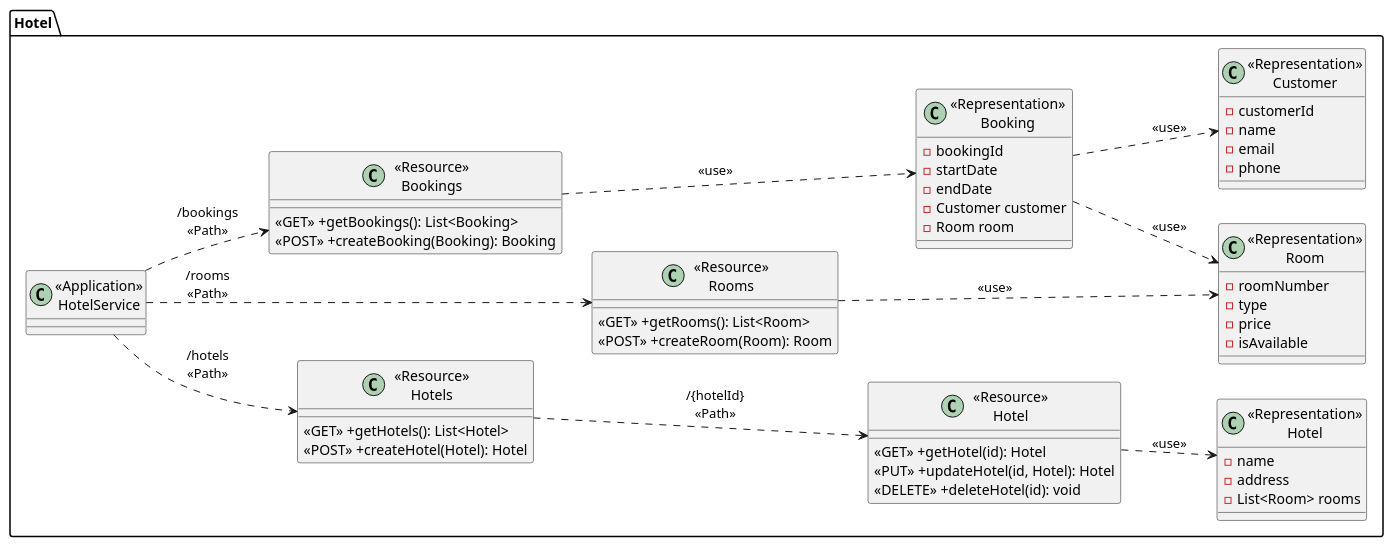
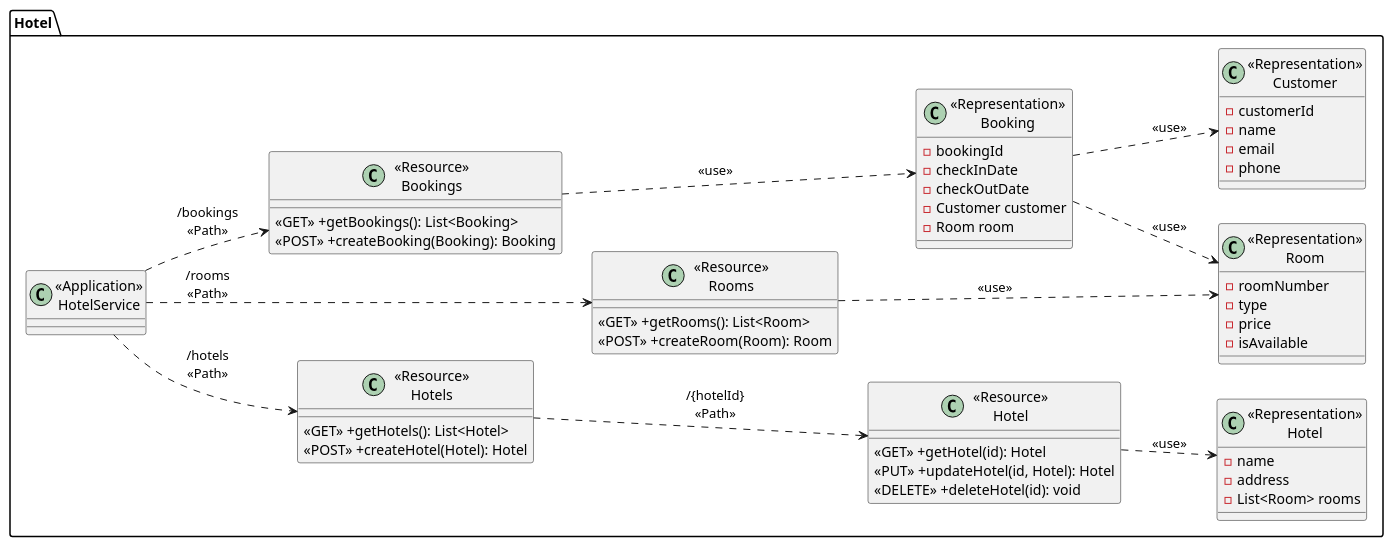
Before and after one commit to wirepecion/se-project-backend-8_thecallcenter: the diagram in Document/ClassDiagram.puml, drawn with PlantUML. The commit also changed 6 other files, not shown here.

```diff
--- a/Document/ClassDiagram.puml
+++ b/Document/ClassDiagram.puml
@@ -1,69 +1,69 @@
 @startuml
 left to right direction
 package "Hotel" {
     class "<<Application>>\nHotelService" as HotelService {}
 
     class "<<Resource>>\nHotels" as ResourceHotels {
         <<GET>> +getHotels(): List<Hotel>
         <<POST>> +createHotel(Hotel): Hotel
     }
     
     class "<<Resource>>\nHotel" as ResourceHotel {
         <<GET>> +getHotel(id): Hotel
         <<PUT>> +updateHotel(id, Hotel): Hotel
         <<DELETE>> +deleteHotel(id): void
     }
     
     class "<<Resource>>\nRooms" as ResourceRooms {
         <<GET>> +getRooms(): List<Room>
         <<POST>> +createRoom(Room): Room
     }
     
     class "<<Resource>>\nBookings" as ResourceBookings {
         <<GET>> +getBookings(): List<Booking>
         <<POST>> +createBooking(Booking): Booking
     }
     
     class "<<Representation>>\nHotel" as RepresentationHotel {
         -name
         -address
         -List<Room> rooms
     }
     
     class "<<Representation>>\nRoom" as RepresentationRoom {
         -roomNumber
         -type
         -price
         -isAvailable
     }
     
     class "<<Representation>>\nBooking" as RepresentationBooking {
         -bookingId
-        -startDate
-        -endDate
+        -checkInDate
+        -checkOutDate
         -Customer customer
         -Room room
     }
     
     class "<<Representation>>\nCustomer" as RepresentationCustomer {
         -customerId
         -name
         -email
         -phone
     }
 }
 
 HotelService ..> ResourceHotels: "/hotels\n<<Path>>"
 ResourceHotels ..> ResourceHotel: "/{hotelId}\n<<Path>>"
 ResourceHotel ..> RepresentationHotel: "<<use>>"
 
 HotelService ..> ResourceRooms: "/rooms\n<<Path>>"
 ResourceRooms ..> RepresentationRoom: "<<use>>"
 
 HotelService ..> ResourceBookings: "/bookings\n<<Path>>"
 ResourceBookings ..> RepresentationBooking: "<<use>>"
 
 RepresentationBooking ..> RepresentationCustomer: "<<use>>"
 RepresentationBooking ..> RepresentationRoom: "<<use>>"
 
 @enduml
```
